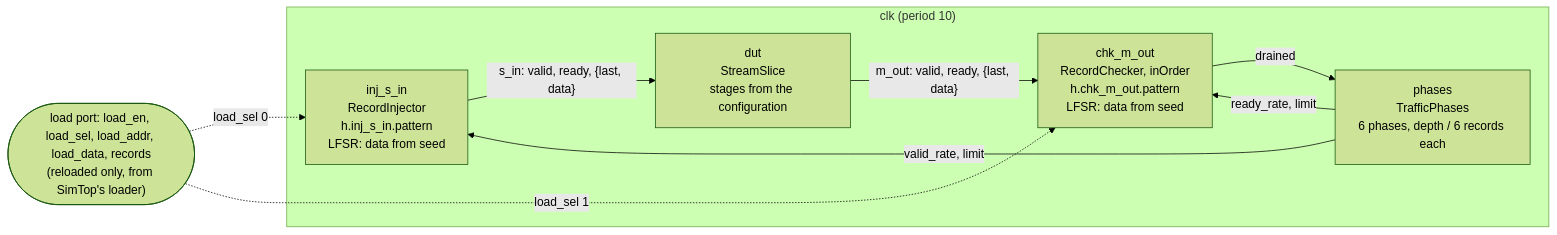
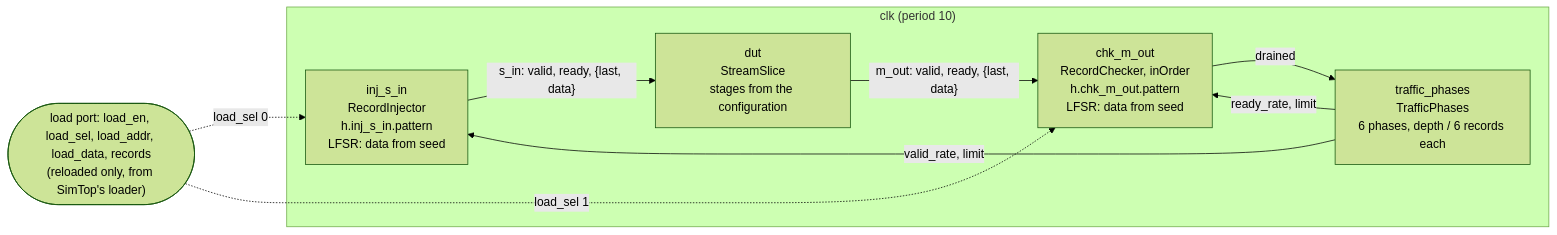
One commit to TypeScriptSystemVerilog/TSSV changed the diagram in doc/framework/examples/StreamSlice-tb-spec.md. Above: the diagram before and after it, drawn with Mermaid (forest theme). The commit also changed other lines of this file and 13 other files, not shown here.

````diff
--- a/doc/framework/examples/StreamSlice-tb-spec.md
+++ b/doc/framework/examples/StreamSlice-tb-spec.md
@@ -35,12 +35,12 @@
 ```mermaid
 flowchart LR
   subgraph clk["clk (period 10)"]
     inj["inj_s_in<br/>RecordInjector<br/>h.inj_s_in.pattern<br/>LFSR: data from seed"] -->|"s_in: valid, ready, {last, data}"| dut["dut<br/>StreamSlice<br/>stages from the configuration"]
     dut -->|"m_out: valid, ready, {last, data}"| chk["chk_m_out<br/>RecordChecker, inOrder<br/>h.chk_m_out.pattern<br/>LFSR: data from seed"]
-    phases["phases<br/>TrafficPhases<br/>6 phases, depth / 6 records each"] -->|"valid_rate, limit"| inj
+    phases["traffic_phases<br/>TrafficPhases<br/>6 phases, depth / 6 records each"] -->|"valid_rate, limit"| inj
     phases -->|"ready_rate, limit"| chk
     chk -->|drained| phases
   end
   load(["load port: load_en, load_sel, load_addr, load_data, records<br/>(reloaded only, from SimTop's loader)"]) -.->|"load_sel 0"| inj
   load -.->|"load_sel 1"| chk
 ```
````
